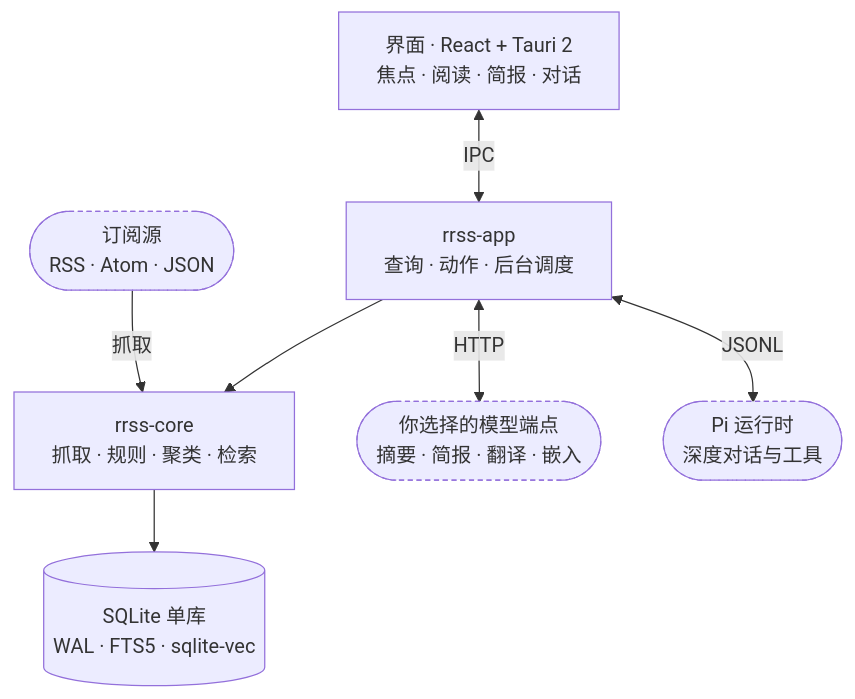
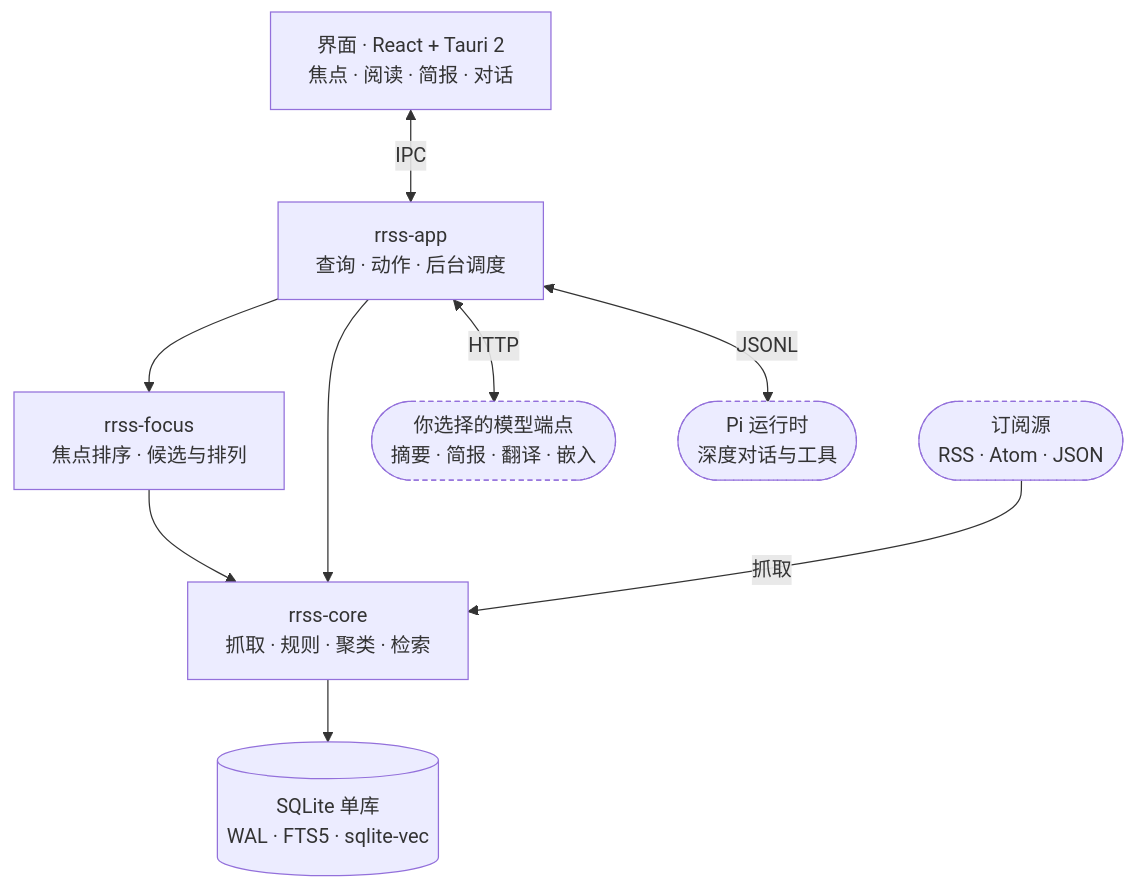
Before and after one commit to rrss-app/rrss: the diagram in README.md, drawn with Mermaid. The commit also changed other lines of this file and 66 other files, not shown here.

First line of the commit message:
Refactor: move Focus ranking into its own rrss-focus crate

````diff
--- a/README.md
+++ b/README.md
@@ -141,17 +141,19 @@
 ```mermaid
 flowchart TB
     UI["界面 · React + Tauri 2<br/>焦点 · 阅读 · 简报 · 对话"]
     App["rrss-app<br/>查询 · 动作 · 后台调度"]
+    Focus["rrss-focus<br/>焦点排序 · 候选与排列"]
     Core["rrss-core<br/>抓取 · 规则 · 聚类 · 检索"]
     DB[("SQLite 单库<br/>WAL · FTS5 · sqlite-vec")]
     Feeds(["订阅源<br/>RSS · Atom · JSON"])
     LLM(["你选择的模型端点<br/>摘要 · 简报 · 翻译 · 嵌入"])
     Pi(["Pi 运行时<br/>深度对话与工具"])
     UI <-->|IPC| App
+    App --> Focus --> Core
     App --> Core --> DB
     Feeds -->|抓取| Core
     App <-->|HTTP| LLM
     App <-->|JSONL| Pi
     classDef ext stroke-dasharray: 4 3
     class Feeds,LLM,Pi ext
 ```
````
